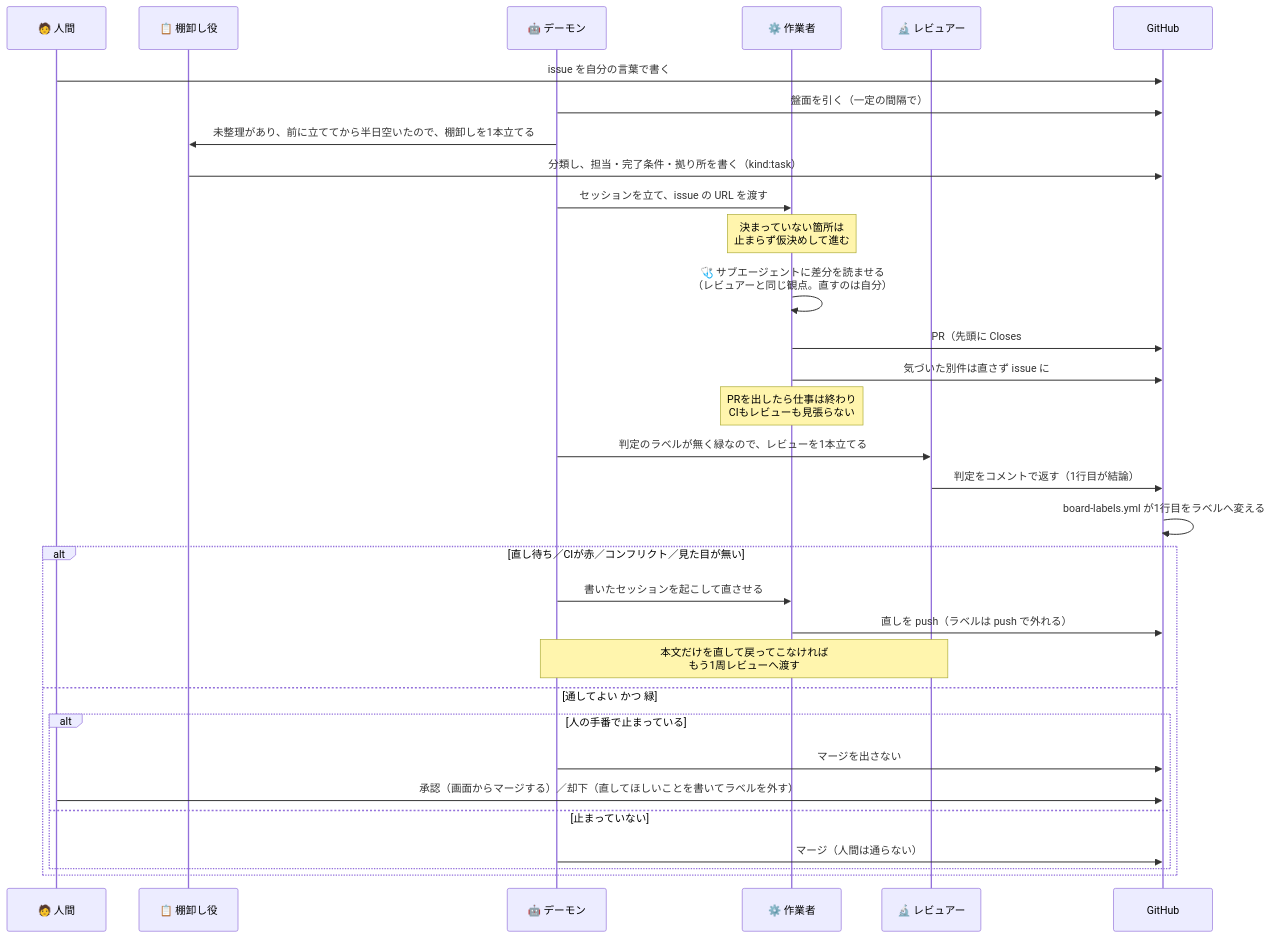
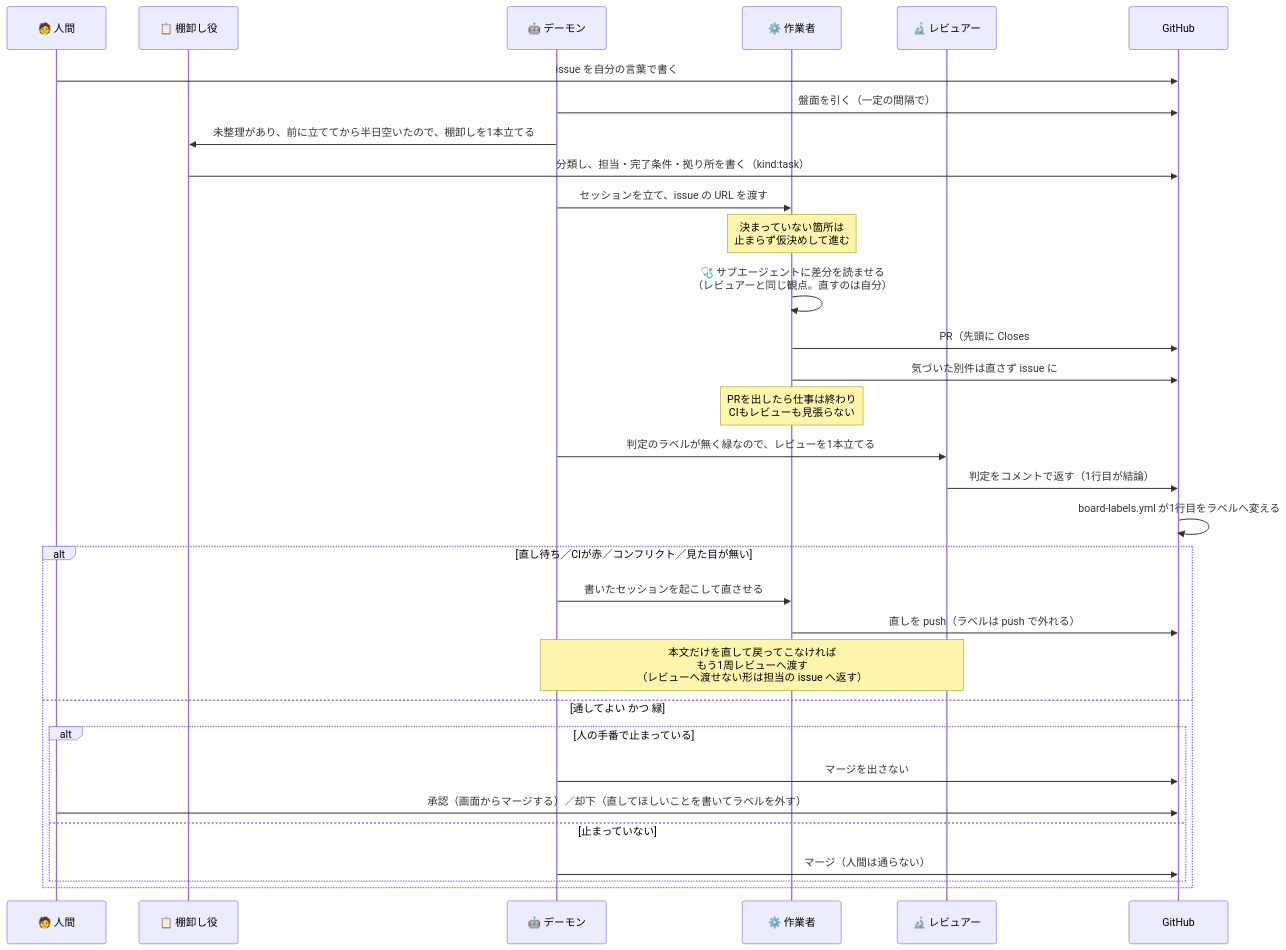
Before and after one commit to gooyyu1/UnmappedIsland: the third of 5 diagrams in docs/ParallelAgents.md, drawn with Mermaid. The commit also changed other lines of this file and 10 other files, not shown here.

````diff
--- a/docs/ParallelAgents.md
+++ b/docs/ParallelAgents.md
@@ -257,36 +257,36 @@
 ```mermaid
 sequenceDiagram
     participant H as 🧑 人間
     participant T as 📋 棚卸し役
     participant D as 🤖 デーモン
     participant W as ⚙️ 作業者
     participant R as 🔬 レビュアー
     participant G as GitHub
 
     H->>G: issue を自分の言葉で書く
     D->>G: 盤面を引く（一定の間隔で）
     D->>T: 未整理があり、前に立ててから半日空いたので、棚卸しを1本立てる
     T->>G: 分類し、担当・完了条件・拠り所を書く（kind:task）
     D->>W: セッションを立て、issue の URL を渡す
     Note over W: 決まっていない箇所は<br/>止まらず仮決めして進む
     W->>W: 🩺 サブエージェントに差分を読ませる<br/>（レビュアーと同じ観点。直すのは自分）
     W->>G: PR（先頭に Closes #N と ## 仮決め）
     W->>G: 気づいた別件は直さず issue に
     Note over W: PRを出したら仕事は終わり<br/>CIもレビューも見張らない
     D->>R: 判定のラベルが無く緑なので、レビューを1本立てる
     R->>G: 判定をコメントで返す（1行目が結論）
     G->>G: board-labels.yml が1行目をラベルへ変える
 
     alt 直し待ち／CIが赤／コンフリクト／見た目が無い
         D->>W: 書いたセッションを起こして直させる
         W->>G: 直しを push（ラベルは push で外れる）
-        Note over D,R: 本文だけを直して戻ってこなければ<br/>もう1周レビューへ渡す
+        Note over D,R: 本文だけを直して戻ってこなければ<br/>もう1周レビューへ渡す<br/>（レビューへ渡せない形は担当の issue へ返す）
     else 通してよい かつ 緑
         alt 人の手番で止まっている
             D->>G: マージを出さない
             H->>G: 承認（画面からマージする）／却下（直してほしいことを書いてラベルを外す）
         else 止まっていない
             D->>G: マージ（人間は通らない）
         end
     end
 ```
````
